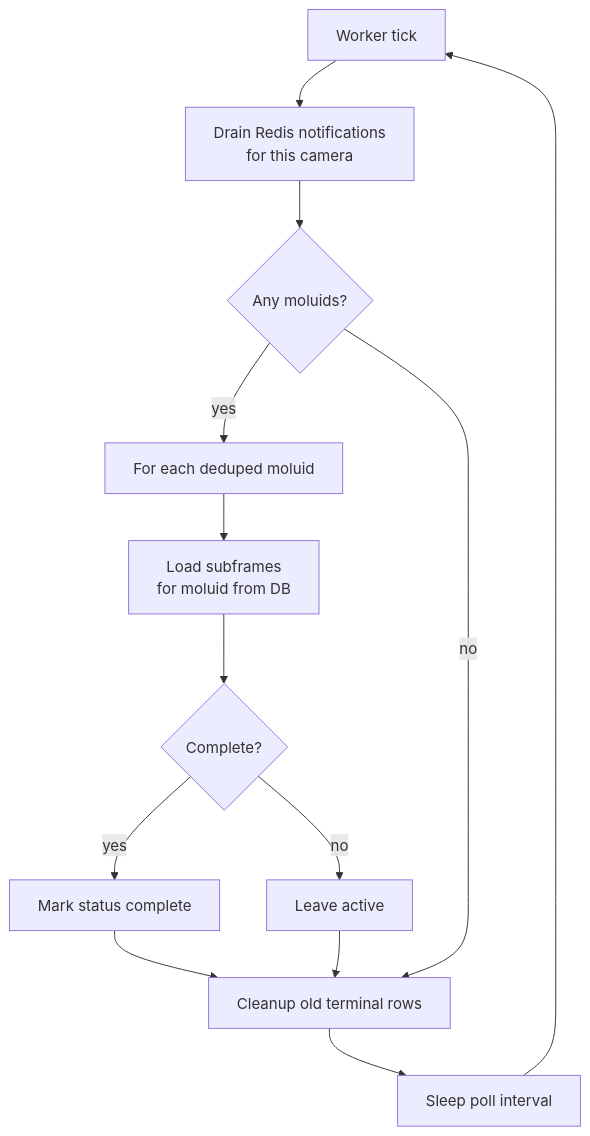
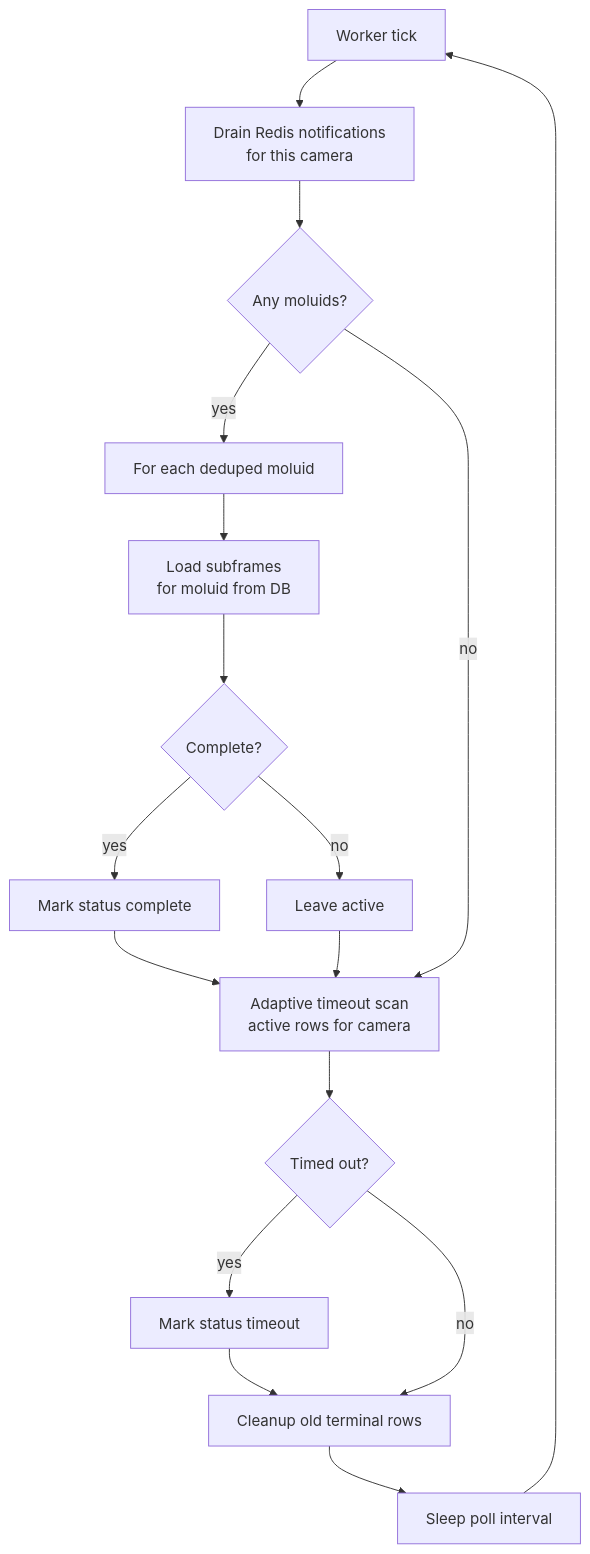
One commit to LCOGT/banzai changed the third of 3 diagrams in docs/smartstacking_architecture.md. Above: the diagram before and after it, drawn with Mermaid. The commit also changed other lines of this file and 5 other files, not shown here.

````diff
--- a/docs/smartstacking_architecture.md
+++ b/docs/smartstacking_architecture.md
@@ -150,20 +157,26 @@
 ```mermaid
 flowchart TD
     tick["Worker tick"]
     drain["Drain Redis notifications<br/>for this camera"]
     any_notify{"Any moluids?"}
     each["For each deduped moluid"]
     load["Load subframes<br/>for moluid from DB"]
     complete{"Complete?"}
     mark_complete["Mark status complete"]
     keep_active["Leave active"]
+    sweep["Adaptive timeout scan<br/>active rows for camera"]
+    timed_out{"Timed out?"}
+    mark_timeout["Mark status timeout"]
     cleanup["Cleanup old terminal rows"]
     sleep["Sleep poll interval"]
 
     tick --> drain --> any_notify
     any_notify -- "yes" --> each --> load --> complete
-    complete -- "yes" --> mark_complete --> cleanup
-    complete -- "no" --> keep_active --> cleanup
-    any_notify -- "no" --> cleanup
+    complete -- "yes" --> mark_complete --> sweep
+    complete -- "no" --> keep_active --> sweep
+    any_notify -- "no" --> sweep
+    sweep --> timed_out
+    timed_out -- "yes" --> mark_timeout --> cleanup
+    timed_out -- "no" --> cleanup
     cleanup --> sleep --> tick
 ```
````
